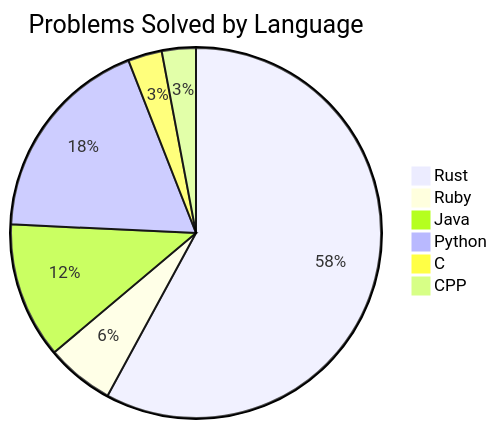
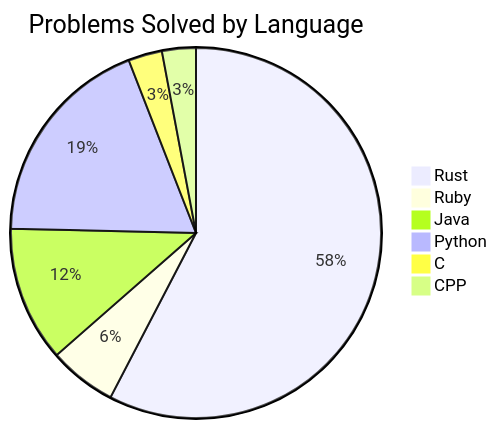
The diagram in README.md (Liam-Wirth/leetcode-solutions), drawn with Mermaid before and after one commit. The commit also changed other lines of this file and 3 other files, not shown here.

````diff
--- a/README.md
+++ b/README.md
@@ -28,9 +28,9 @@
 ```mermaid
 pie title Problems Solved by Language
     "Rust": 117
     "Ruby": 12
     "Java": 24
-    "Python": 37
+    "Python": 38
     "C": 6
     "CPP": 6
 ```
````
